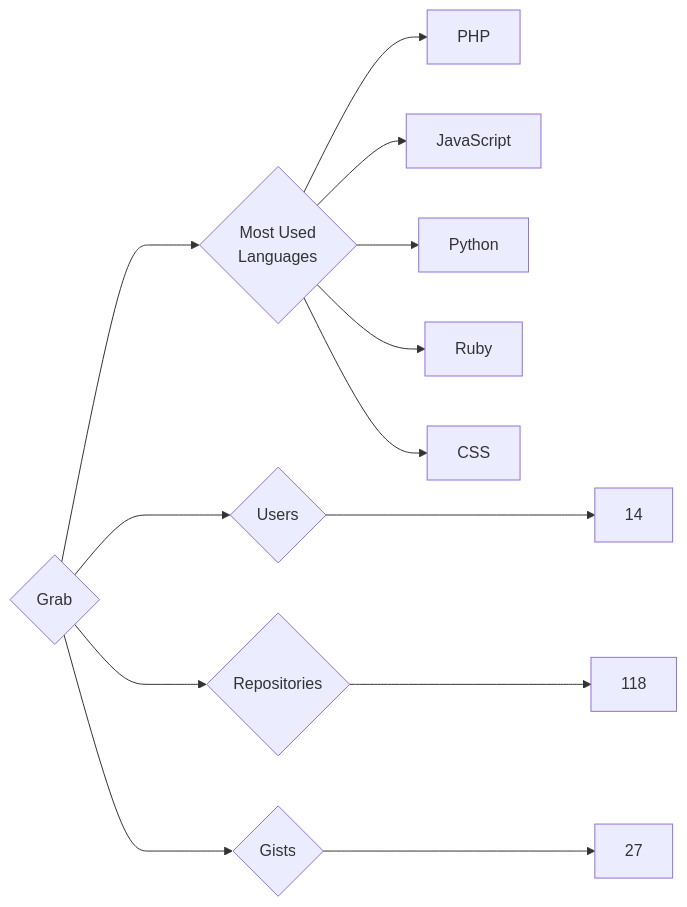
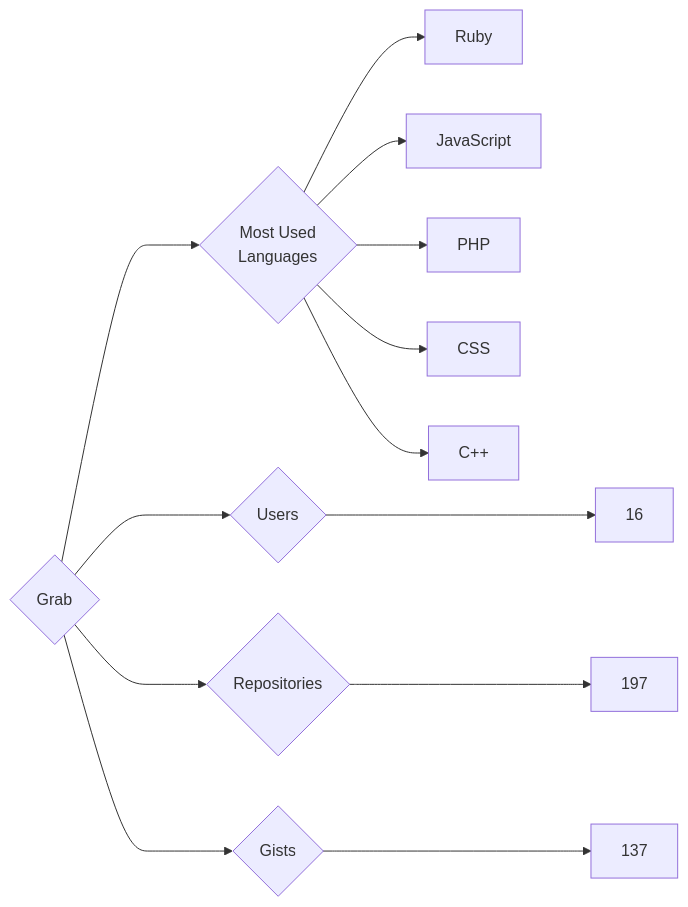
The diagram in targets/Grab/README.md (trickest/insiders), drawn with Mermaid before and after one commit. The commit also changed 891 other files, not shown here.

````diff
--- a/targets/Grab/README.md
+++ b/targets/Grab/README.md
@@ -3,13 +3,13 @@
 ```mermaid
 graph LR
 COMPANY_NAME{Grab}
-COMPANY_NAME ---> U{Users} ---> UN[14]
-COMPANY_NAME ---> R{Repositories} ---> RN[118]
-COMPANY_NAME ---> G{Gists} ---> GN[27]
+COMPANY_NAME ---> U{Users} ---> UN[16]
+COMPANY_NAME ---> R{Repositories} ---> RN[197]
+COMPANY_NAME ---> G{Gists} ---> GN[137]
 COMPANY_NAME ---> ML{Most Used<br>Languages}
+ML --> Ruby[Ruby]
+ML --> JavaScript[JavaScript]
 ML --> PHP[PHP]
-ML --> JavaScript[JavaScript]
-ML --> Python[Python]
-ML --> Ruby[Ruby]
 ML --> CSS[CSS]
+ML --> C++[C++]
 ```
````
